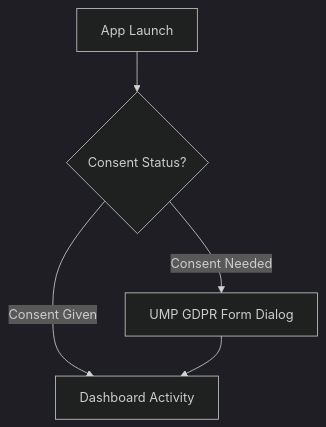
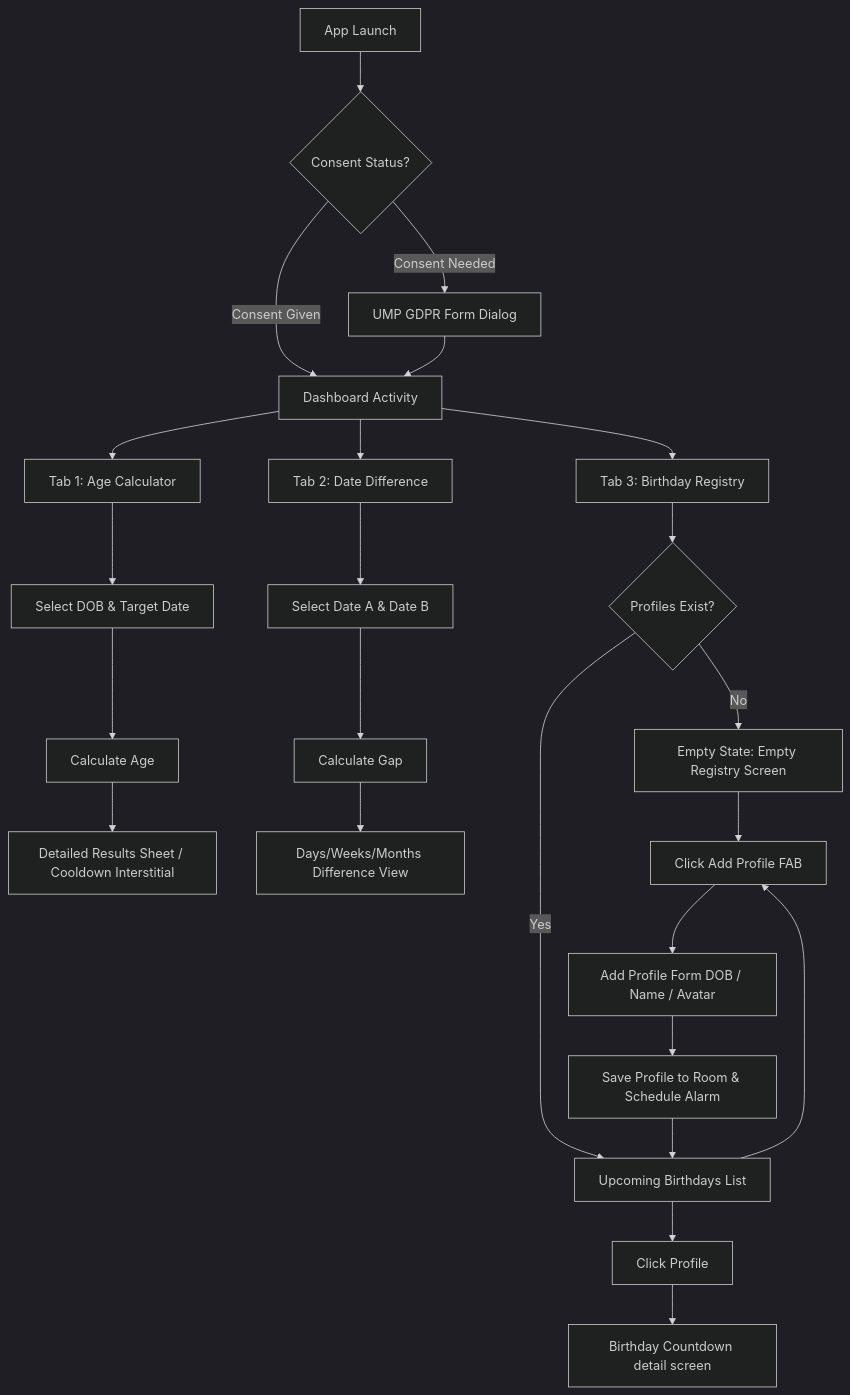
The diagram in 07. Smart Age & BD Date/03.FUNCTIONAL-FLOWS.md (Savior-Systems/Savior-Systems-Android-Projects), drawn with Mermaid (dark theme) before and after one commit. The commit also changed other lines of this file and 311 other files, not shown here.

````diff
--- a/07. Smart Age & BD Date/03.FUNCTIONAL-FLOWS.md
+++ b/07. Smart Age & BD Date/03.FUNCTIONAL-FLOWS.md
@@ -9,7 +9,30 @@
 ```mermaid
 graph TD
     A[App Launch] --> B{Consent Status?}
     B -->|Consent Needed| C[UMP GDPR Form Dialog]
     B -->|Consent Given| D[Dashboard Activity]
     C --> D
+    
+    D --> E[Tab 1: Age Calculator]
+    D --> F[Tab 2: Date Difference]
+    D --> G[Tab 3: Birthday Registry]
+    
+    E --> E1[Select DOB & Target Date]
+    E1 --> E2[Calculate Age]
+    E2 --> E3[Detailed Results Sheet / Cooldown Interstitial]
+    
+    F --> F1[Select Date A & Date B]
+    F1 --> F2[Calculate Gap]
+    F2 --> F3[Days/Weeks/Months Difference View]
+    
+    G --> G1{Profiles Exist?}
+    G1 -->|No| G2[Empty State: Empty Registry Screen]
+    G1 -->|Yes| G3[Upcoming Birthdays List]
+    G3 --> G4[Click Profile]
+    G4 --> G5[Birthday Countdown detail screen]
+    G2 --> G6[Click Add Profile FAB]
+    G3 --> G6
+    G6 --> G7[Add Profile Form DOB / Name / Avatar]
+    G7 --> G8[Save Profile to Room & Schedule Alarm]
+    G8 --> G3
 ```
````
